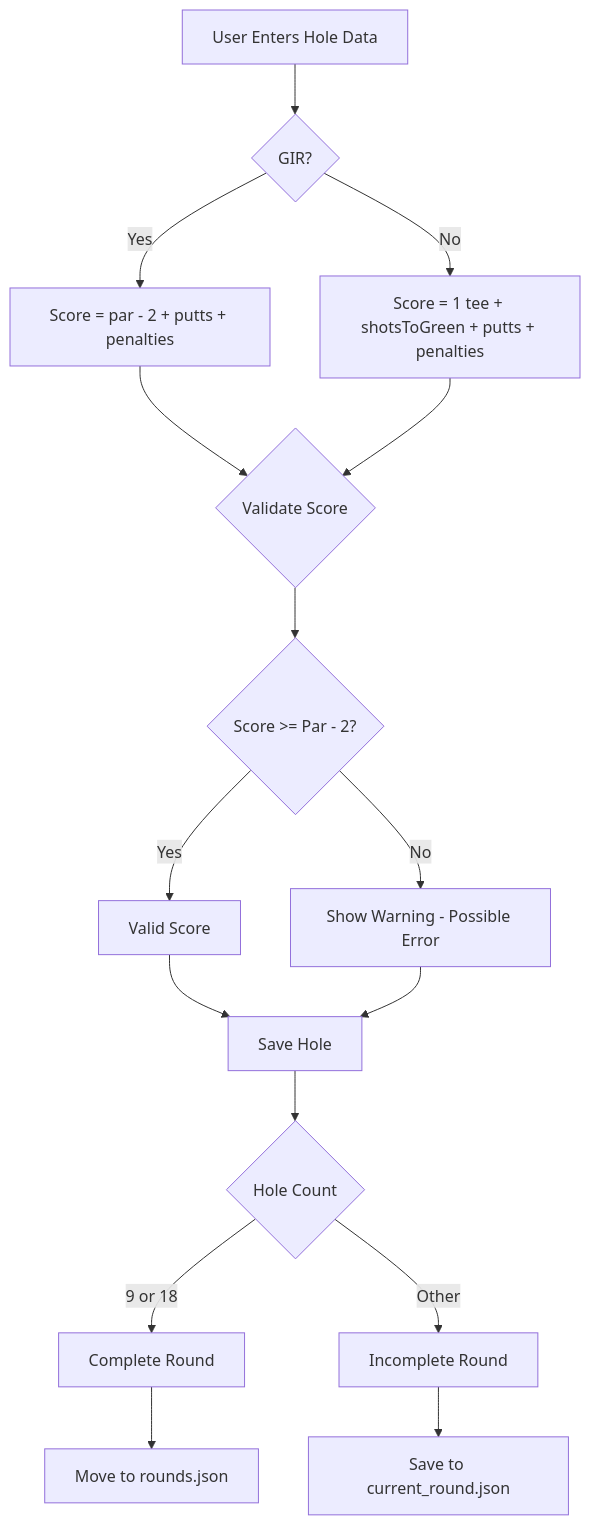
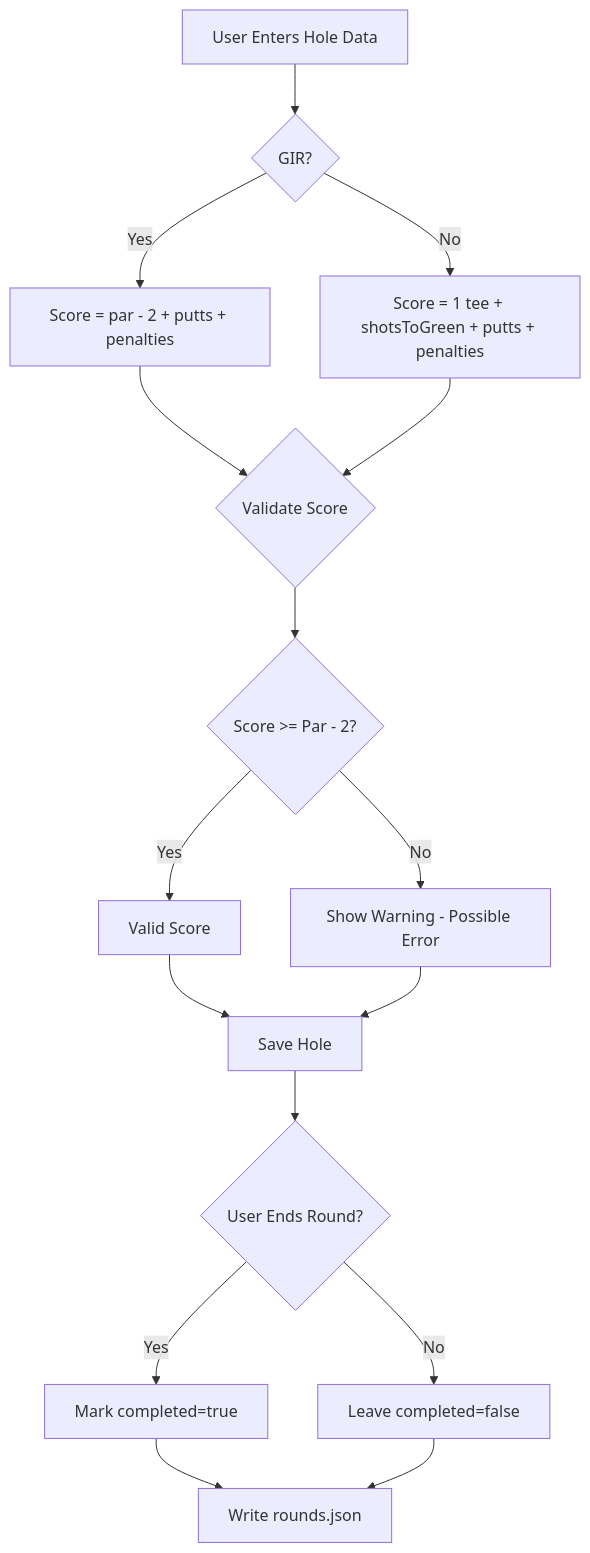
Before and after one commit to baileypc/karlgolf.app: the ninth of 12 diagrams in docs/DIAGRAMS.md, drawn with Mermaid. The commit also changed other lines of this file and 23 other files, not shown here.

````diff
--- a/docs/DIAGRAMS.md
+++ b/docs/DIAGRAMS.md
@@ -302,24 +303,24 @@
 ```mermaid
 flowchart TD
     A[User Enters Hole Data] --> B{GIR?}
     
     B -->|Yes| C[Score = par - 2 + putts + penalties]
     B -->|No| D[Score = 1 tee + shotsToGreen + putts + penalties]
     
     C --> E{Validate Score}
     D --> E
     
     E --> F{Score >= Par - 2?}
     F -->|Yes| G[Valid Score]
     F -->|No| H[Show Warning - Possible Error]
     
     G --> I[Save Hole]
     H --> I
     
-    I --> J{Hole Count}
-    J -->|9 or 18| K[Complete Round]
-    J -->|Other| L[Incomplete Round]
+    I --> J{User Ends Round?}
+    J -->|Yes| K[Mark completed=true]
+    J -->|No| L[Leave completed=false]
     
-    K --> M[Move to rounds.json]
-    L --> N[Save to current_round.json]
+    K --> M[Write rounds.json]
+    L --> M
 ```
````
